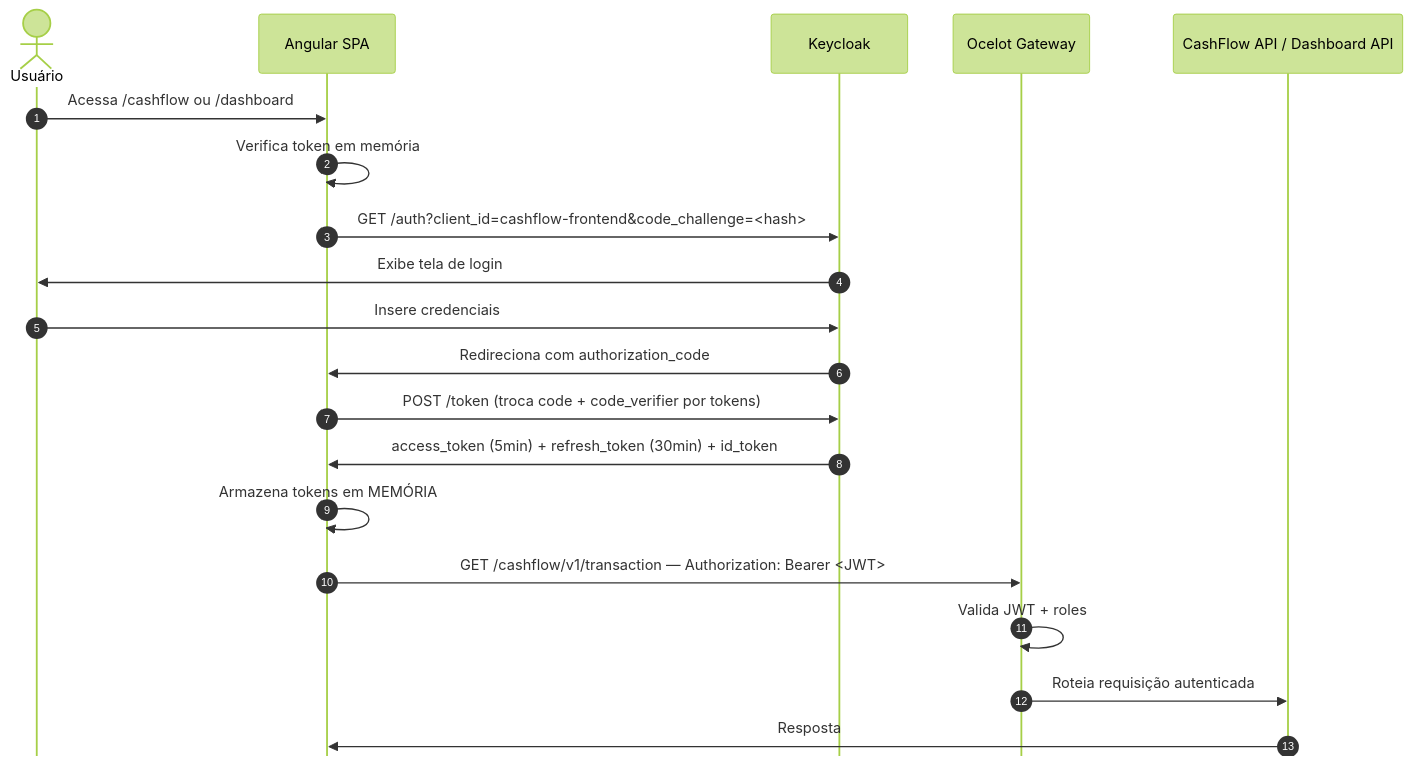
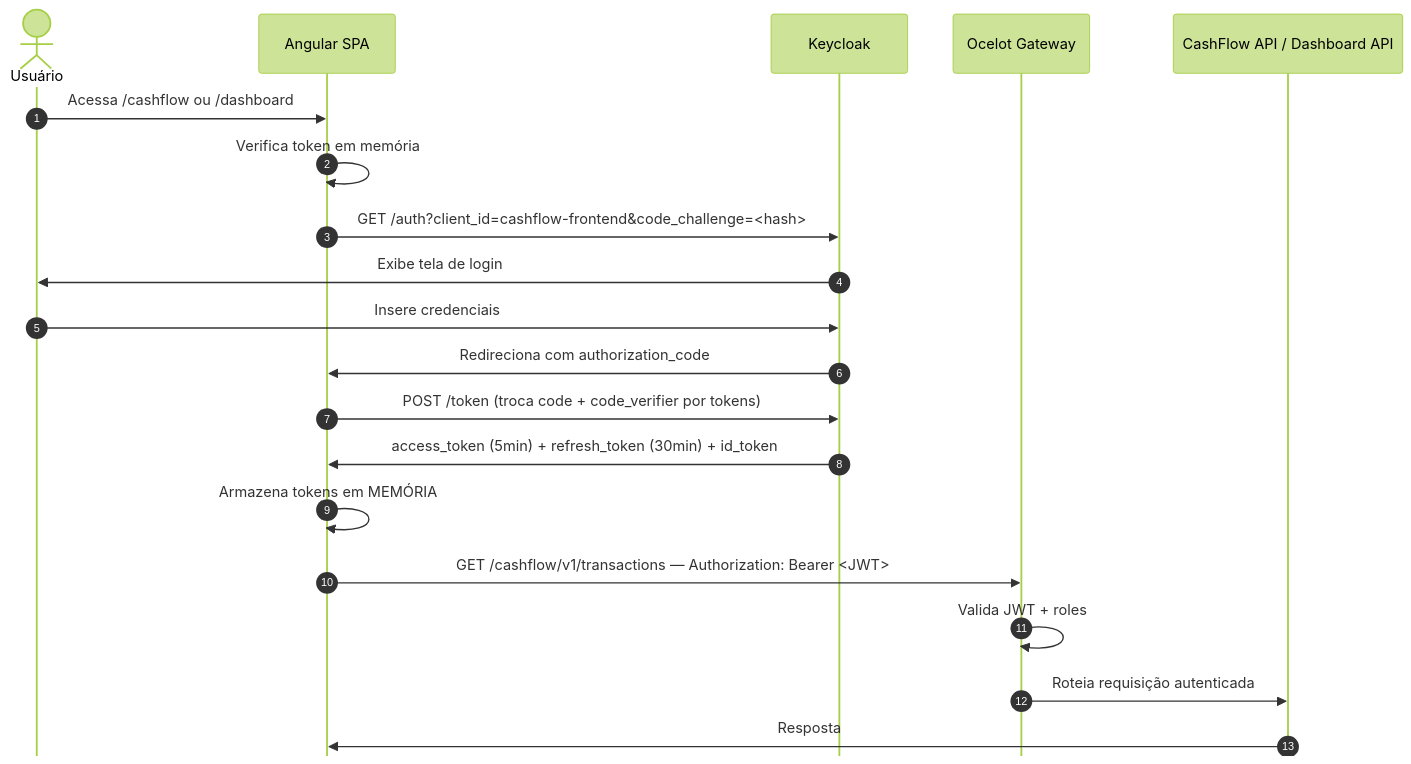
One commit to filipececcon/arch-challenge changed the first of 5 diagrams in docs/security/authentication.md. Above: the diagram before and after it, drawn with Mermaid (forest theme). The commit also changed other lines of this file and 41 other files, not shown here.

````diff
--- a/docs/security/authentication.md
+++ b/docs/security/authentication.md
@@ -15,24 +15,24 @@
 ```mermaid
 %%{init: {"sequence": {"mirrorActors": false}}}%%
 sequenceDiagram
     autonumber
     actor U as Usuário
     participant A as Angular SPA
     participant K as Keycloak
     participant G as Ocelot Gateway
     participant C as CashFlow API / Dashboard API
 
     U->>A: Acessa /cashflow ou /dashboard
     A->>A: Verifica token em memória
     A->>K: GET /auth?client_id=cashflow-frontend&code_challenge=<hash>
     K->>U: Exibe tela de login
     U->>K: Insere credenciais
     K->>A: Redireciona com authorization_code
     A->>K: POST /token (troca code + code_verifier por tokens)
     K->>A: access_token (5min) + refresh_token (30min) + id_token
     A->>A: Armazena tokens em MEMÓRIA
-    A->>G: GET /cashflow/v1/transaction — Authorization: Bearer <JWT>
+    A->>G: GET /cashflow/v1/transactions — Authorization: Bearer <JWT>
     G->>G: Valida JWT + roles
     G->>C: Roteia requisição autenticada
     C->>A: Resposta
 ```
````
